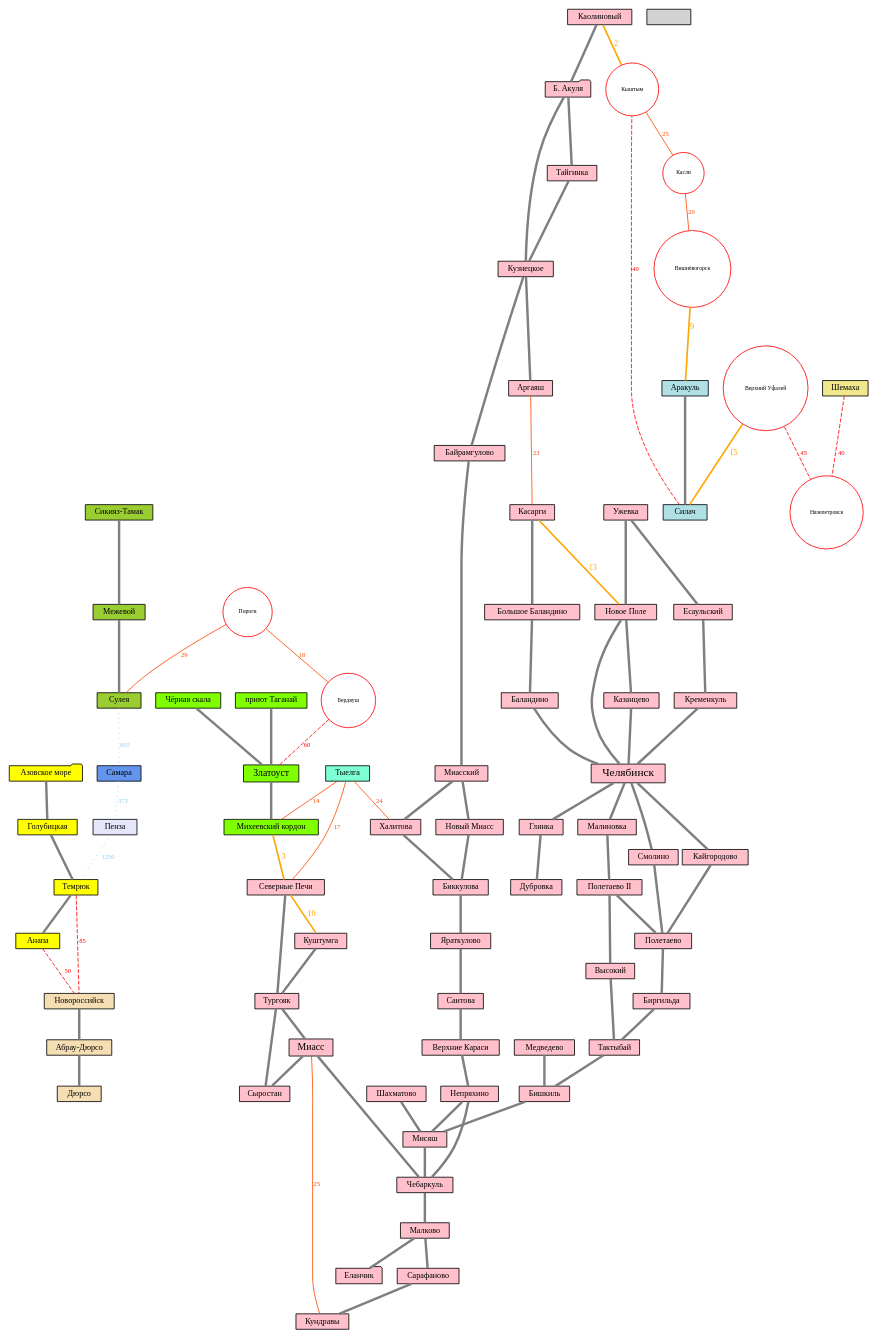
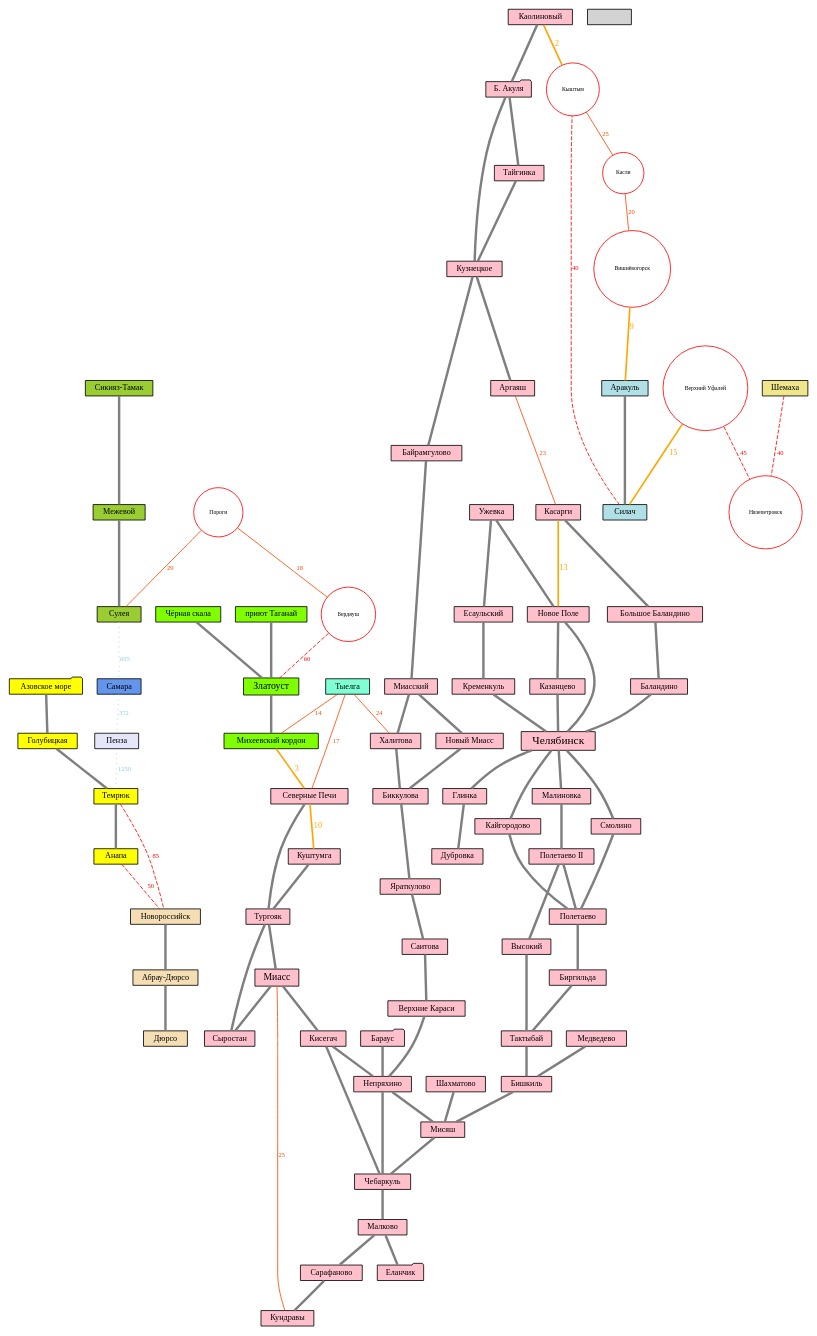
One commit to shoorick/bike-area changed the diagram in bike-area.dot. Above: the diagram before and after it, drawn with Graphviz.

Commit message:
Добавлены узлы в Чебаркульском районе — станция Кисегач и озеро Бараус

```diff
--- a/bike-area.dot
+++ b/bike-area.dot
@@ -1,140 +1,142 @@
 graph G {
     node [ shape=box, fontsize=10, fontname="Droid Sans", style=filled, height=0.2 ]
     edge [ color=gray50, penwidth=3, fontname="Droid Sans" ]
     graph [ overlap=false ]
 
     subgraph main {
         node [ fillcolor=pink ]
 
         "Б. Акуля" [ shape=folder ]
+        "Бараус"   [ shape=folder ]
         "Еланчик"  [ shape=folder ]
 
         Челябинск [ fontsize=14 ]
         Миасс [ fontsize=12 ]
         Челябинск -- Смолино -- Полетаево -- Биргильда -- Тактыбай -- Бишкиль -- Мисяш -- Чебаркуль
-        Миасс -- Чебаркуль
-        Непряхино -- Мисяш
+        Миасс -- Кисегач -- Чебаркуль
+        Кисегач -- Непряхино -- Мисяш
         Шахматово -- Мисяш
         Медведево -- Бишкиль
         Челябинск -- Малиновка -- "Полетаево II" -- Высокий -- Тактыбай
         "Полетаево II" -- Полетаево
         Каолиновый -- "Б. Акуля" -- Кузнецкое -- Байрамгулово -- Миасский -- "Новый Миасс" -- Биккулова -- Яраткулово -- Саитова -- "Верхние Караси" -- Непряхино -- Чебаркуль -- Малково -- Сарафаново -- Кундравы
+        Бараус -- Непряхино
         Миасский -- Халитова -- Биккулова
         Малково -- Еланчик
         "Б. Акуля" -- Тайгинка -- Кузнецкое -- Аргаяш
         Челябинск -- Кайгородово -- Полетаево
         Ужевка -- Есаульский -- Кременкуль -- Челябинск
         Касарги -- "Большое Баландино" -- Баландино -- Челябинск
         "Северные Печи" -- Тургояк -- Миасс -- Сыростан
         Куштумга -- Тургояк -- Сыростан
         Ужевка -- "Новое Поле" -- Казанцево -- Челябинск
         "Новое Поле" -- Челябинск
         Челябинск -- Глинка -- Дубровка
     }
 
     subgraph north {
         node [ fillcolor=powderblue ]
 
         Аракуль -- Силач
     }
 
     subgraph penza {
         node [ fillcolor=lavender ]
 
         Пенза
     }
 
     subgraph samara {
         node [ fillcolor=cornflowerblue ]
 
         Самара
     }
 
     subgraph shemakha {
         node [ fillcolor=khaki ]
 
         Шемаха
     }
 
     subgraph mount {
         node [ fillcolor=chartreuse ]
         Златоуст [ fontsize=12 ]
 
         //"Чёрная скала" [ shape=hexagon, height=0.2 ]
         "Чёрная скала" -- Златоуст -- "Михеевский кордон"
         "приют Таганай" -- Златоуст
     }
 
     subgraph ai {
         node [ fillcolor=yellowgreen ]
 
         "Сикияз-Тамак" -- Межевой -- Сулея
     }
 
     subgraph south1 {
         node [ fillcolor=yellow ]
         "Азовское море" [ shape=folder ]
         "Азовское море" -- Голубицкая -- Темрюк -- Анапа
     }
 
     subgraph south2 {
         node [ fillcolor=wheat ]
 
         Новороссийск -- "Абрау-Дюрсо" -- Дюрсо
     }
 
     subgraph tyelga {
         node [ fillcolor=aquamarine ]
 
         Тыелга
     }
 
     subgraph failed_cities {
         node [ shape="circle",fillcolor="white",color="red",fontsize=7, height=0.1 ]
         Кыштым Касли Пороги Бердяуш Вишнёвогорск Нязепетровск "Верхний Уфалей"
     }
 
     subgraph failed {
 
         // Ближние — можно пройти за час
         edge [ color=orange, fontcolor=orange, fontsize=10, penwidth=2 ]
         Каолиновый -- Кыштым [ label=2 ]
         "Михеевский кордон" -- "Северные Печи" [ label=3 ]
         Вишнёвогорск -- Аракуль  [ label=9 ]
         "Северные Печи" -- Куштумга [ label=10 ]
         Касарги -- "Новое Поле" [ label=13 ]
         "Верхний Уфалей" -- Силач [ label=15 ]
 
         // Ближние
         edge [ color=orangered, fontcolor=orangered, fontsize=8, penwidth=1 ]
         Пороги -- Бердяуш [ label=18 ]
         Миасс -- Кундравы  [ label=25 ]
         Аргаяш -- Касарги  [ label=23 ]
         Пороги -- Сулея  [ label=29 ]
         Кыштым -- Касли  [ label=25 ]
         Касли -- Вишнёвогорск [ label=20]
         Тыелга -- "Михеевский кордон" [ label=14 ]
         Тыелга -- "Северные Печи" [ label=17 ]
         Тыелга -- Халитова [ label=24 ]
 
         // Средние — можно пройти за день
         edge [ color=red, fontcolor=red, style="dashed" ]
         Силач -- Кыштым  [ label=40 ]
         Анапа -- Новороссийск [ label=50 ]
         Бердяуш -- Златоуст [ label=60 ]
         Шемаха -- Нязепетровск [ label=40 ]
         "Верхний Уфалей" -- Нязепетровск [ label=45 ]
         Темрюк -- Новороссийск [ label=85 ]
 
         // Дальние
         edge [ color=plum, fontcolor=plum, style="dotted" ]
 
         // Совсем дальние — нереально проехать
         edge [ color=skyblue, fontcolor=skyblue ]
         Самара -- Пенза [ label=372 ]
         Сулея -- Самара [ label=695 ]
         Пенза -- Темрюк [ label=1250 ]
     }
 }
 
 // https://gist.github.com/shoorick/6155062
```
